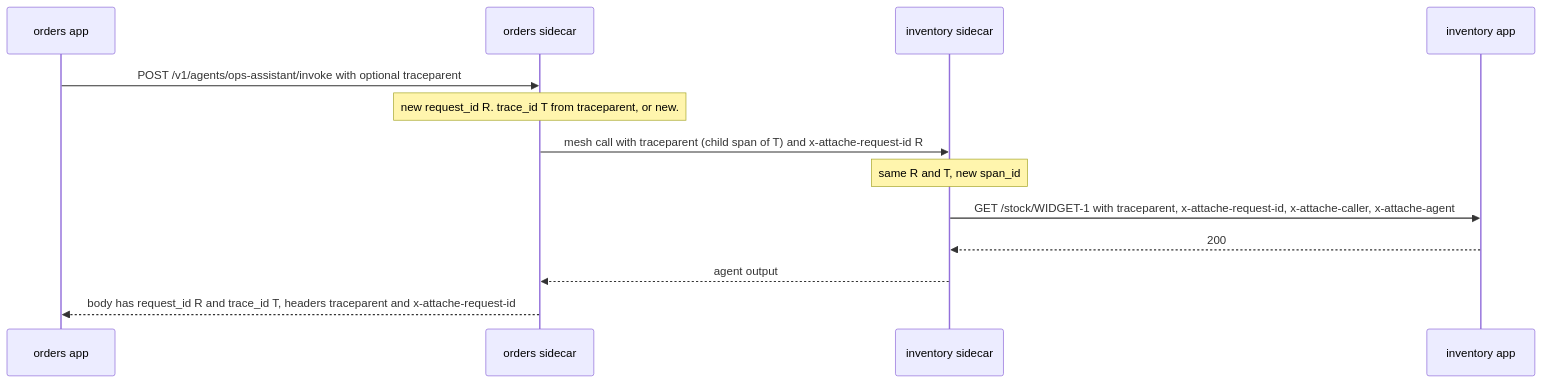
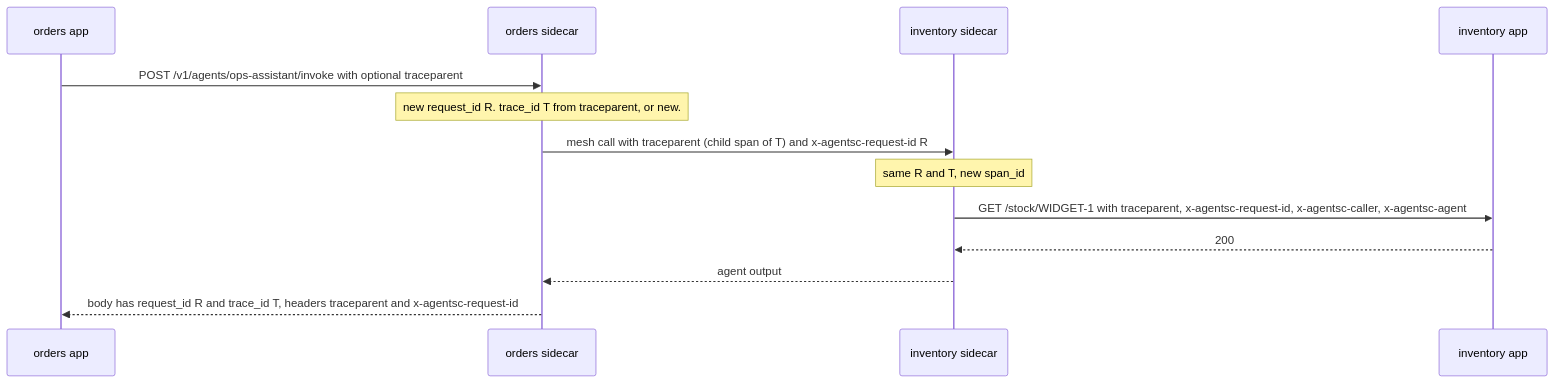
Before and after one commit to f8fvwgzc/agent-sidecar: the second of 2 diagrams in docs/operations.md, drawn with Mermaid. The commit also changed other lines of this file and 365 other files, not shown here.

First line of the commit message:
Rename attache to agentsc (agent-sidecar) everywhere

````diff
--- a/docs/operations.md
+++ b/docs/operations.md
@@ -171,15 +171,15 @@
 ```mermaid
 sequenceDiagram
   participant App as orders app
   participant O as orders sidecar
   participant I as inventory sidecar
   participant IA as inventory app
   App->>O: POST /v1/agents/ops-assistant/invoke with optional traceparent
   Note over O: new request_id R. trace_id T from traceparent, or new.
-  O->>I: mesh call with traceparent (child span of T) and x-attache-request-id R
+  O->>I: mesh call with traceparent (child span of T) and x-agentsc-request-id R
   Note over I: same R and T, new span_id
-  I->>IA: GET /stock/WIDGET-1 with traceparent, x-attache-request-id, x-attache-caller, x-attache-agent
+  I->>IA: GET /stock/WIDGET-1 with traceparent, x-agentsc-request-id, x-agentsc-caller, x-agentsc-agent
   IA-->>I: 200
   I-->>O: agent output
-  O-->>App: body has request_id R and trace_id T, headers traceparent and x-attache-request-id
+  O-->>App: body has request_id R and trace_id T, headers traceparent and x-agentsc-request-id
 ```
````
